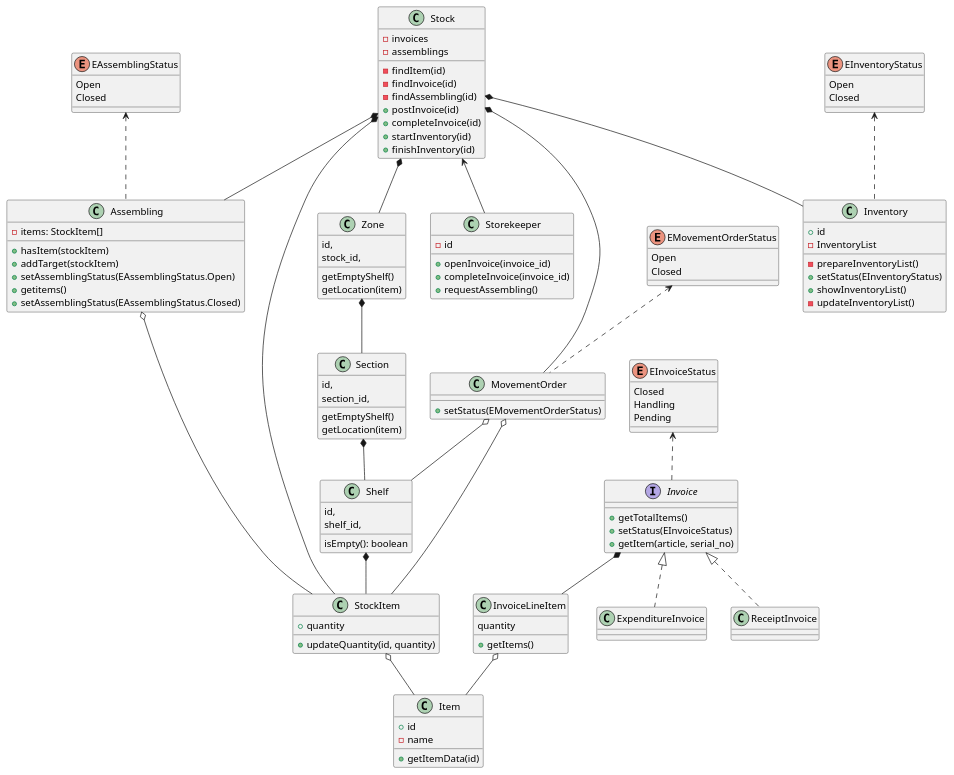
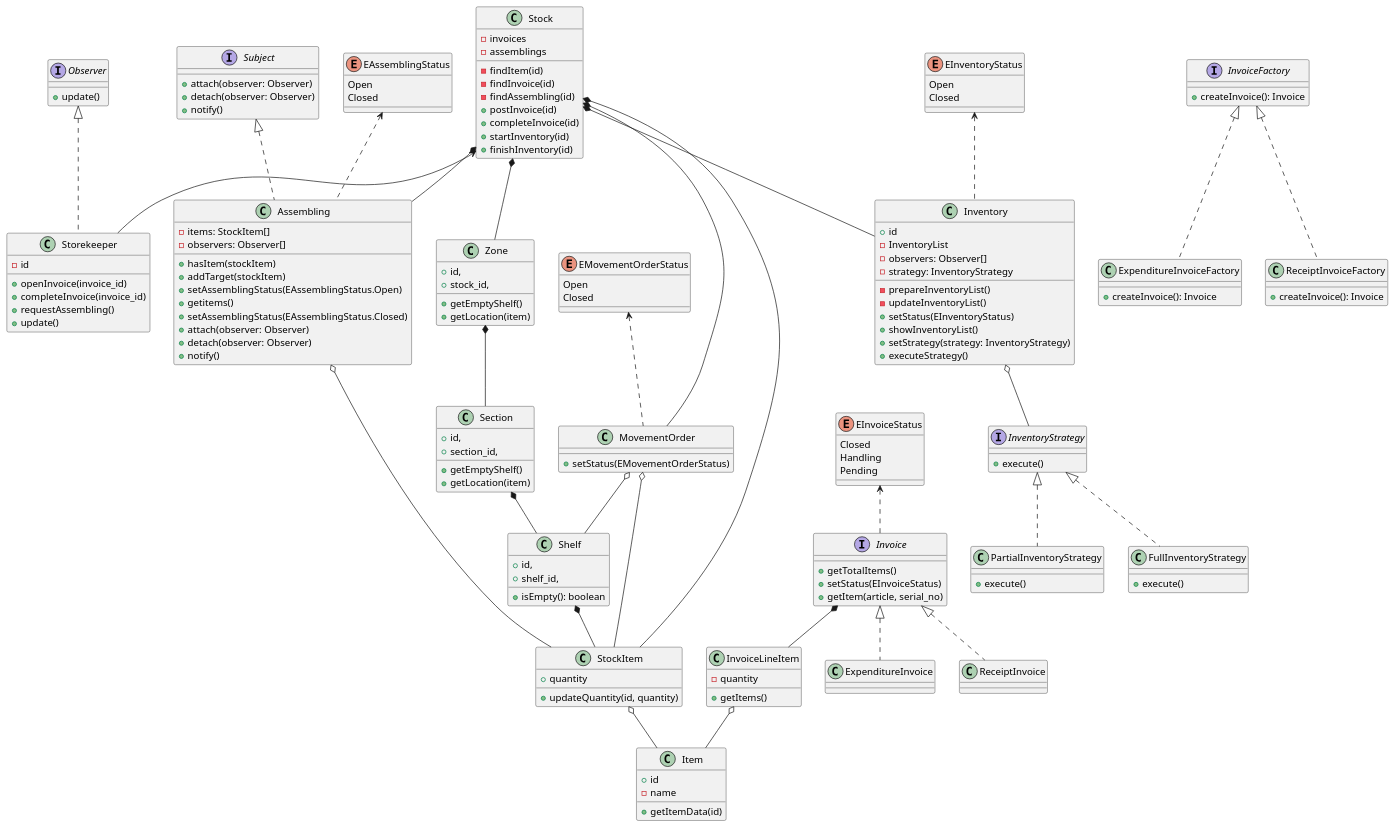
The diagram in warehouse/диаграмма_классов.md (penamarth/bsbo-02-21_team5_var6_sklad), drawn with PlantUML before and after one commit.

Commit message:
Реализовала паттерны Наблюдадель, Фабрика, Стратегия.

````diff
--- a/warehouse/диаграмма_классов.md
+++ b/warehouse/диаграмма_классов.md
@@ -1,6 +1,14 @@
-```plantuml
+@startuml
 
-@startuml 
+interface Observer {
+  +update()
+}
+
+interface Subject {
+  +attach(observer: Observer)
+  +detach(observer: Observer)
+  +notify()
+}
 
 class Stock {
   -invoices
@@ -35,23 +43,23 @@
 }
 
 class Zone {
-  id,
-  stock_id,
-  getEmptyShelf()
-  getLocation(item)
+  +id,
+  +stock_id,
+  +getEmptyShelf()
+  +getLocation(item)
 }
 
 class Section {
-  id,
-  section_id,
-  getEmptyShelf()
-  getLocation(item)
+  +id,
+  +section_id,
+  +getEmptyShelf()
+  +getLocation(item)
 }
 
 class Shelf {
-  id,
-  shelf_id,
-  isEmpty(): boolean
+  +id,
+  +shelf_id,
+  +isEmpty(): boolean
 }
 
 enum EInvoiceStatus {
@@ -71,28 +79,33 @@
 class ReceiptInvoice {}
 
 class InvoiceLineItem {
-  quantity
+  -quantity
   +getItems()
 }
 
-class Storekeeper {
+class Storekeeper implements Observer {
   -id
   +openInvoice(invoice_id)
   +completeInvoice(invoice_id)
   +requestAssembling()
+  +update()
 }
 
 enum EAssemblingStatus {
   Open
   Closed
 }
-class Assembling {
+class Assembling implements Subject {
   -items: StockItem[]
+  -observers: Observer[]
   +hasItem(stockItem)
   +addTarget(stockItem)
   +setAssemblingStatus(EAssemblingStatus.Open)
   +getitems()
   +setAssemblingStatus(EAssemblingStatus.Closed)
+  +attach(observer: Observer)
+  +detach(observer: Observer)
+  +notify()
 }
 
 enum EInventoryStatus {
@@ -103,10 +116,38 @@
 class Inventory {
   +id
   -InventoryList
+  -observers: Observer[]
+  -strategy: InventoryStrategy
   -prepareInventoryList()
+  -updateInventoryList()
   +setStatus(EInventoryStatus)
   +showInventoryList()
-  -updateInventoryList()
+  +setStrategy(strategy: InventoryStrategy)
+  +executeStrategy()
+}
+
+interface InvoiceFactory {
+  +createInvoice(): Invoice
+}
+
+class ExpenditureInvoiceFactory {
+  +createInvoice(): Invoice
+}
+
+class ReceiptInvoiceFactory {
+  +createInvoice(): Invoice
+}
+
+interface InventoryStrategy {
+  +execute()
+}
+
+class FullInventoryStrategy {
+  +execute()
+}
+
+class PartialInventoryStrategy {
+  +execute()
 }
 
 Stock *-- Inventory
@@ -130,6 +171,9 @@
 EInventoryStatus <.. Inventory
 EMovementOrderStatus <.. MovementOrder
 EAssemblingStatus <.. Assembling
+InvoiceFactory <|.. ExpenditureInvoiceFactory
+InvoiceFactory <|.. ReceiptInvoiceFactory
+InventoryStrategy <|.. FullInventoryStrategy
+InventoryStrategy <|.. PartialInventoryStrategy
+Inventory o-- InventoryStrategy
 @enduml
-
-```
````
